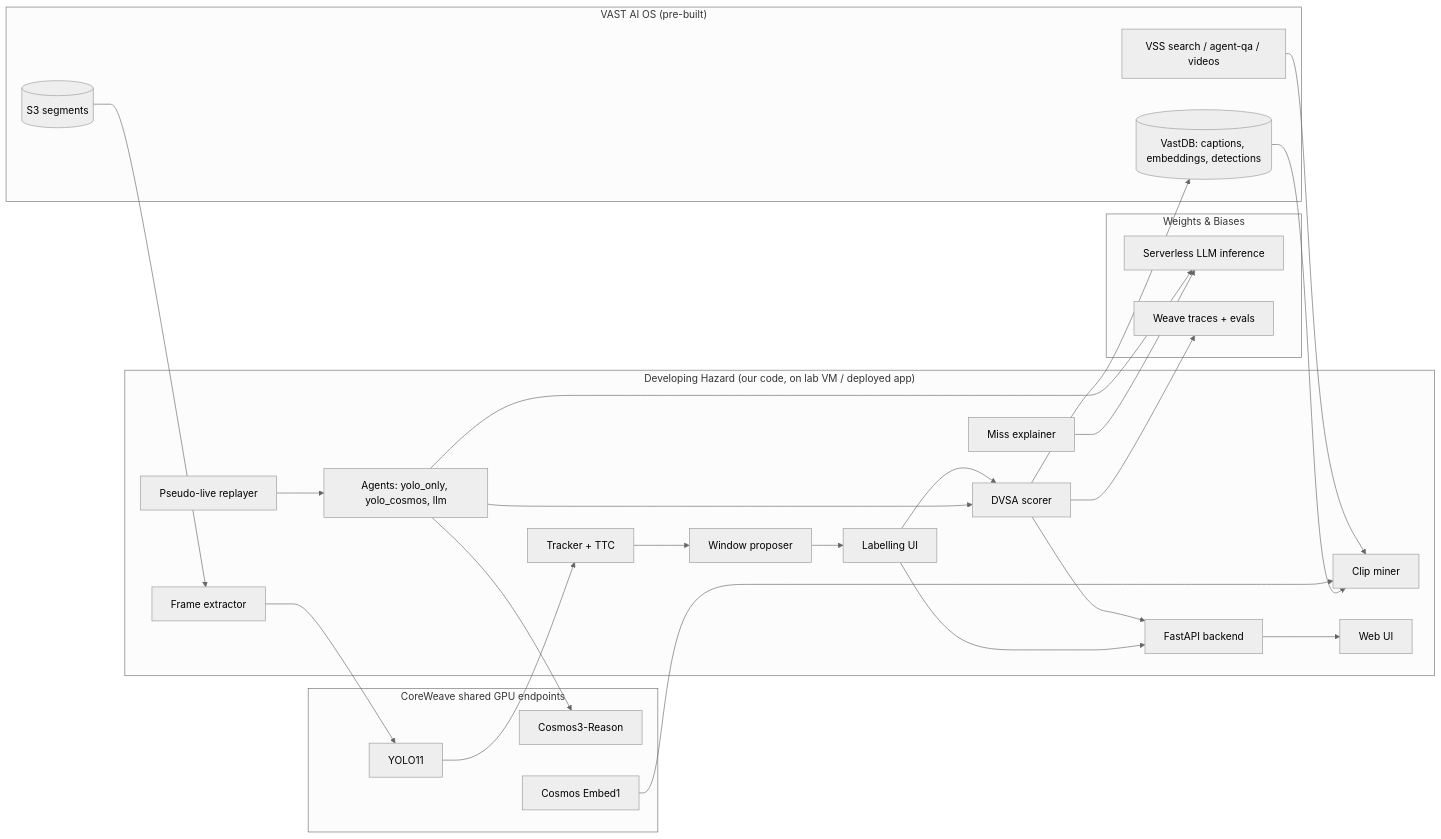
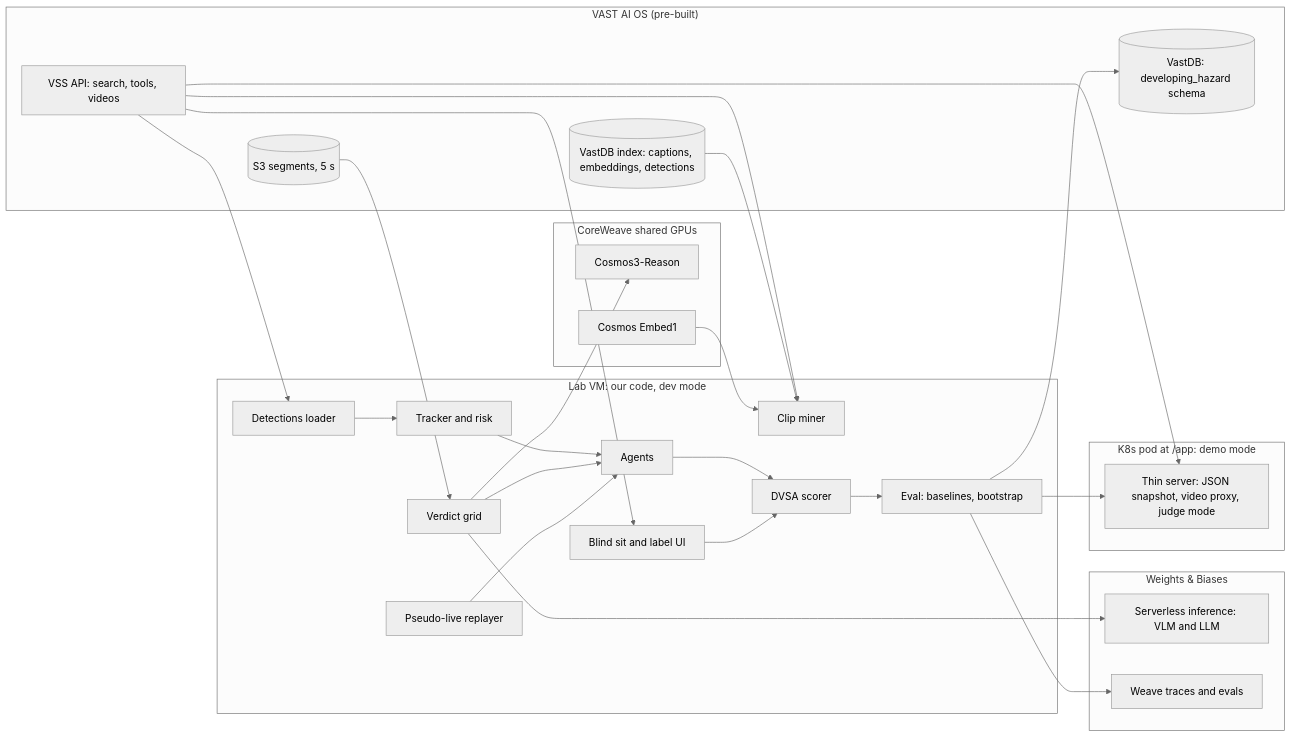
Before and after one commit to mosesman831/developing-hazard: the first of 2 diagrams in SPEC.md, drawn with Mermaid (neutral theme). The commit also changed other lines of this file and 1 other file, not shown here.

````diff
--- a/SPEC.md
+++ b/SPEC.md
@@ -268,46 +364,46 @@
 ```mermaid
 flowchart LR
   subgraph VAST["VAST AI OS (pre-built)"]
-    S3[(S3 segments)]
-    DB[(VastDB: captions, embeddings, detections)]
-    VSS[VSS search / agent-qa / videos]
+    SEG[(S3 segments, 5 s)]
+    IDX[(VastDB index: captions, embeddings, detections)]
+    VSS[VSS API: search, tools, videos]
+    OUR[(VastDB: developing_hazard schema)]
   end
-  subgraph GPU["CoreWeave shared GPU endpoints"]
-    YOLO[YOLO11]
+  subgraph GPU["CoreWeave shared GPUs"]
     CR[Cosmos3-Reason]
     CE[Cosmos Embed1]
   end
   subgraph WB["Weights & Biases"]
-    LLM[Serverless LLM inference]
-    WEAVE[Weave traces + evals]
+    INF[Serverless inference: VLM and LLM]
+    WEAVE[Weave traces and evals]
   end
-  subgraph APP["Developing Hazard (our code, on lab VM / deployed app)"]
+  subgraph VM["Lab VM: our code, dev mode"]
     MINE[Clip miner]
-    FR[Frame extractor]
-    TRK[Tracker + TTC]
-    WIN[Window proposer]
-    LAB[Labelling UI]
-    AG[Agents: yolo_only, yolo_cosmos, llm]
+    LAB[Blind sit and label UI]
+    DET[Detections loader]
+    TRK[Tracker and risk]
+    GRID[Verdict grid]
     REP[Pseudo-live replayer]
+    AG[Agents]
     SC[DVSA scorer]
-    EXP[Miss explainer]
-    API[FastAPI backend]
-    UI[Web UI]
+    EV[Eval: baselines, bootstrap]
+  end
+  subgraph POD["K8s pod at /app: demo mode"]
+    APP[Thin server: JSON snapshot, video proxy, judge mode]
   end
   VSS --> MINE
   CE --> MINE
-  DB --> MINE
-  S3 --> FR
-  FR --> YOLO --> TRK --> WIN --> LAB
+  IDX --> MINE
+  VSS --> LAB
+  VSS --> DET --> TRK --> AG
+  SEG --> GRID
+  GRID --> CR
+  GRID --> INF
+  GRID --> AG
+  REP --> AG --> SC --> EV
   LAB --> SC
-  REP --> AG
-  AG --> CR
-  AG --> LLM
-  AG --> SC
-  SC --> WEAVE
-  SC --> DB
-  EXP --> LLM
-  API --> UI
-  SC --> API
-  LAB --> API
+  EV --> WEAVE
+  EV --> OUR
+  EV --> APP
+  VSS --> APP
 ```
````
